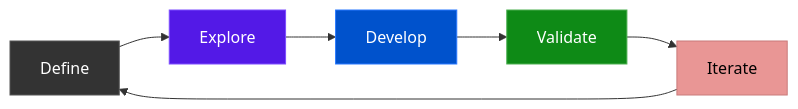
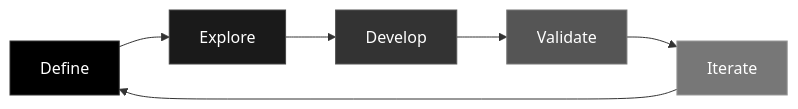
The second of 2 diagrams in profile/README.md (Blackdoor-Industries/.github), drawn with Mermaid before and after one commit. The commit also changed other lines of this file and 2 other files, not shown here.

````diff
--- a/profile/README.md
+++ b/profile/README.md
@@ -114,11 +97,11 @@
 ```mermaid
 graph LR
     D["Define"] --> E["Explore"] --> B["Develop"] --> V["Validate"] --> I["Iterate"]
     I --> D
 
-    style D fill:#333,color:#fff,stroke:#555
-    style E fill:#5319e7,color:#fff,stroke:#7c4dff
-    style B fill:#0052cc,color:#fff,stroke:#2979ff
-    style V fill:#0e8a16,color:#fff,stroke:#4caf50
-    style I fill:#e99695,color:#000,stroke:#c97a7a
+    style D fill:#000,color:#fff,stroke:#333
+    style E fill:#1a1a1a,color:#fff,stroke:#444
+    style B fill:#333,color:#fff,stroke:#555
+    style V fill:#555,color:#fff,stroke:#777
+    style I fill:#777,color:#fff,stroke:#999
 ```
````
